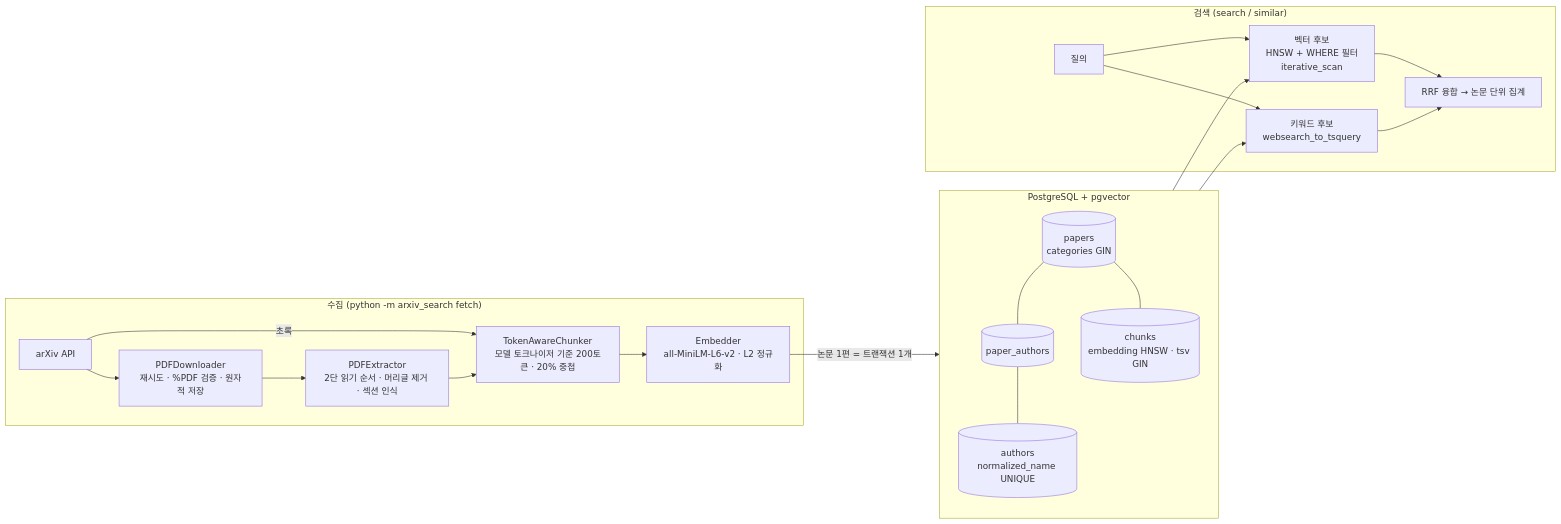
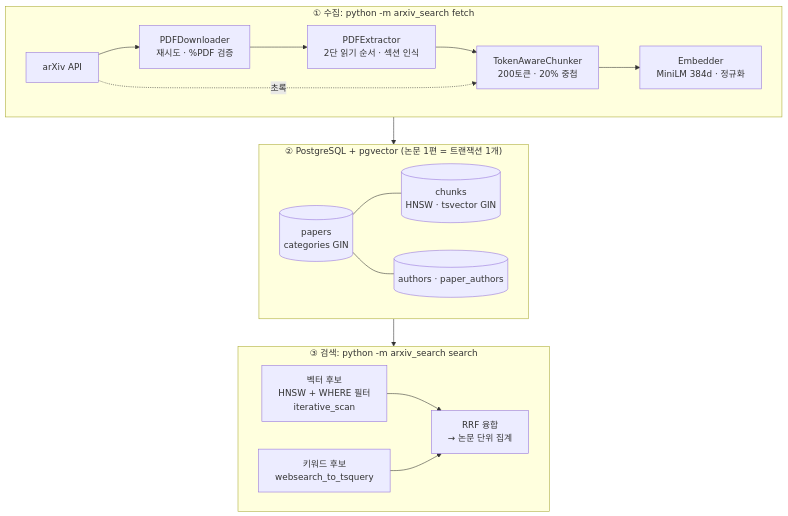
The diagram in README.md (iohyeon/pgvector-arxiv-search), drawn with Mermaid before and after one commit.

Commit message:
docs: vertical architecture diagram for readability

````diff
--- a/README.md
+++ b/README.md
@@ -23,23 +23,22 @@
 ```mermaid
-flowchart LR
-    subgraph Ingest["수집 (python -m arxiv_search fetch)"]
-        A[arXiv API] --> B[PDFDownloader<br/>재시도 · %PDF 검증 · 원자적 저장]
-        B --> C[PDFExtractor<br/>2단 읽기 순서 · 머리글 제거 · 섹션 인식]
-        A -- 초록 --> D
-        C --> D[TokenAwareChunker<br/>모델 토크나이저 기준 200토큰 · 20% 중첩]
-        D --> E[Embedder<br/>all-MiniLM-L6-v2 · L2 정규화]
+flowchart TB
+    subgraph Ingest["① 수집: python -m arxiv_search fetch"]
+        direction LR
+        A[arXiv API] --> B["PDFDownloader<br/>재시도 · %PDF 검증"]
+        B --> C["PDFExtractor<br/>2단 읽기 순서 · 섹션 인식"]
+        C --> D["TokenAwareChunker<br/>200토큰 · 20% 중첩"]
+        A -. 초록 .-> D
+        D --> E["Embedder<br/>MiniLM 384d · 정규화"]
     end
-    E -- "논문 1편 = 트랜잭션 1개" --> PG
-    subgraph PG["PostgreSQL + pgvector"]
-        P[(papers<br/>categories GIN)] --- PA[(paper_authors)] --- AU[(authors<br/>normalized_name UNIQUE)]
-        P --- CH[(chunks<br/>embedding HNSW · tsv GIN)]
+    subgraph PG["② PostgreSQL + pgvector (논문 1편 = 트랜잭션 1개)"]
+        direction LR
+        P[("papers<br/>categories GIN")] --- CH[("chunks<br/>HNSW · tsvector GIN")]
+        P --- AU[("authors · paper_authors")]
     end
-    subgraph Query["검색 (search / similar)"]
-        Q[질의] --> V[벡터 후보<br/>HNSW + WHERE 필터<br/>iterative_scan]
-        Q --> K[키워드 후보<br/>websearch_to_tsquery]
-        V --> R[RRF 융합 → 논문 단위 집계]
-        K --> R
+    subgraph Query["③ 검색: python -m arxiv_search search"]
+        direction LR
+        V["벡터 후보<br/>HNSW + WHERE 필터<br/>iterative_scan"] --> R["RRF 융합<br/>→ 논문 단위 집계"]
+        K["키워드 후보<br/>websearch_to_tsquery"] --> R
     end
-    PG --> V
-    PG --> K
+    Ingest --> PG --> Query
 ```
````
